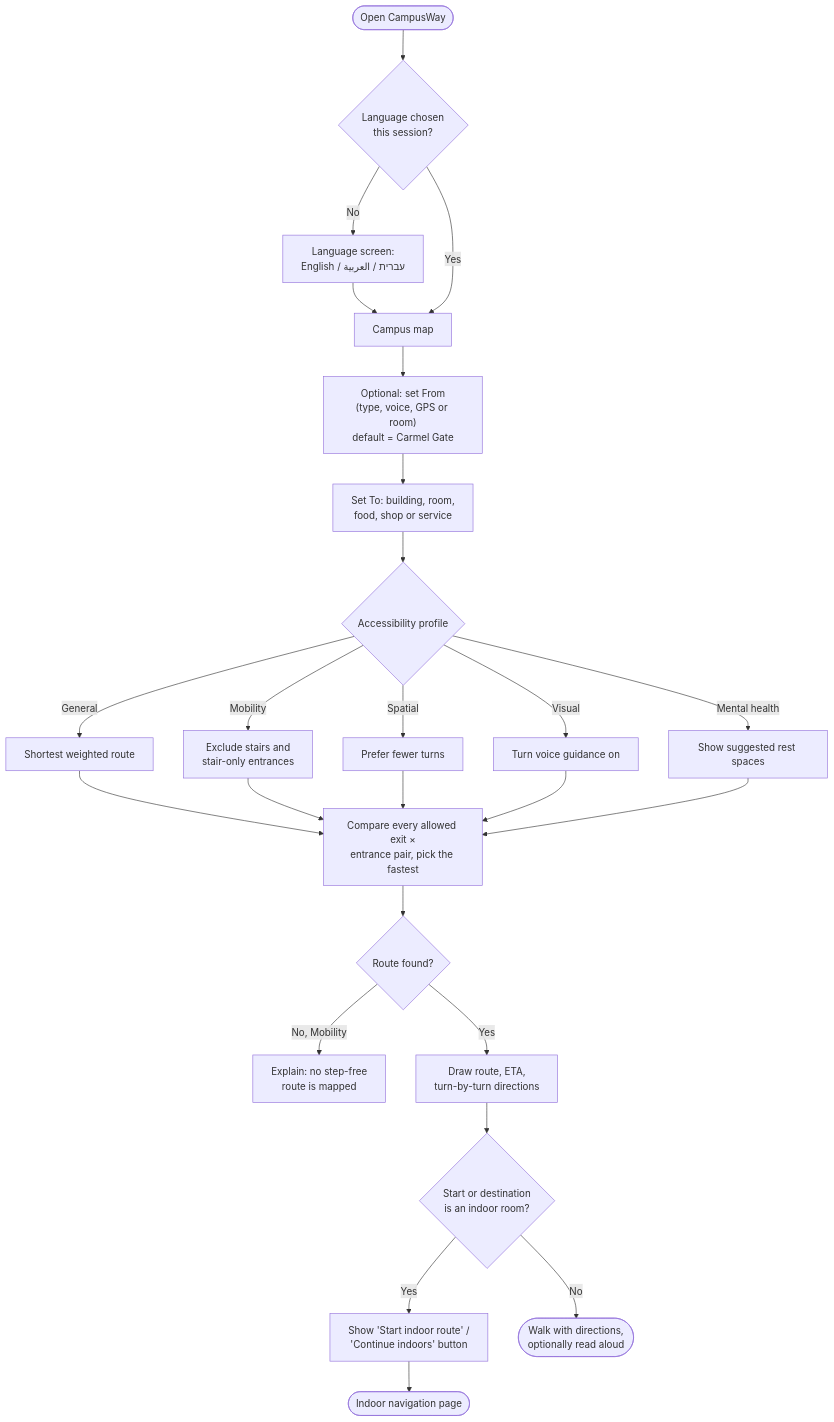
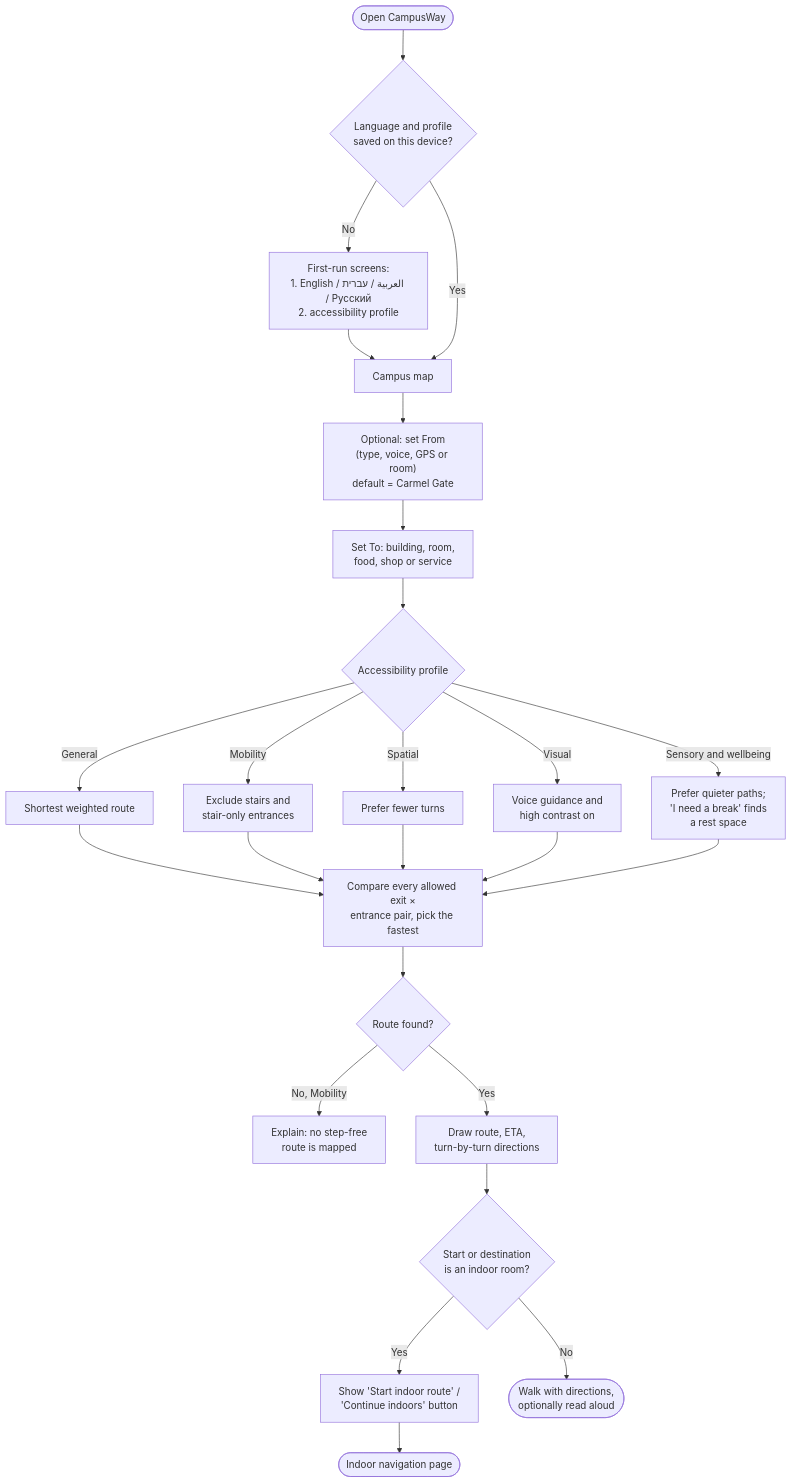
One commit to hadeel-hamodi/CampusWay changed the first of 5 diagrams in docs/06-user-flows.md. Above: the diagram before and after it, drawn with Mermaid. The commit also changed other lines of this file and 79 other files, not shown here.

````diff
--- a/docs/06-user-flows.md
+++ b/docs/06-user-flows.md
@@ -13,23 +13,23 @@
 ```mermaid
 flowchart TD
-    A([Open CampusWay]) --> B{Language chosen<br/>this session?}
-    B -- No --> C[Language screen:<br/>English / עברית / العربية]
+    A([Open CampusWay]) --> B{Language and profile<br/>saved on this device?}
+    B -- No --> C["First-run screens:<br/>1. English / עברית #8206;/ العربية / Русский<br/>2. accessibility profile"]
     C --> D
     B -- Yes --> D[Campus map]
     D --> E["Optional: set From<br/>(type, voice, GPS or room)<br/>default = Carmel Gate"]
     E --> F["Set To: building, room,<br/>food, shop or service"]
     F --> G{Accessibility profile}
     G -- General --> H[Shortest weighted route]
     G -- Mobility --> I[Exclude stairs and<br/>stair-only entrances]
     G -- Spatial --> J[Prefer fewer turns]
-    G -- Visual --> K[Turn voice guidance on]
-    G -- Mental health --> L[Show suggested rest spaces]
+    G -- Visual --> K[Voice guidance and<br/>high contrast on]
+    G -- Sensory and wellbeing --> L["Prefer quieter paths;<br/>'I need a break' finds<br/>a rest space"]
     H & I & J & K & L --> M[Compare every allowed exit ×<br/>entrance pair, pick the fastest]
     M --> N{Route found?}
     N -- No, Mobility --> O["Explain: no step-free<br/>route is mapped"]
     N -- Yes --> P[Draw route, ETA,<br/>turn-by-turn directions]
     P --> Q{Start or destination<br/>is an indoor room?}
     Q -- Yes --> R["Show 'Start indoor route' /<br/>'Continue indoors' button"]
     Q -- No --> S([Walk with directions,<br/>optionally read aloud])
     R --> T([Indoor navigation page])
 ```
````
